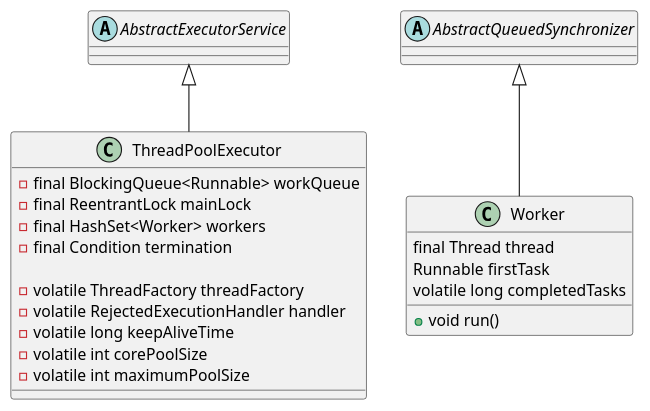
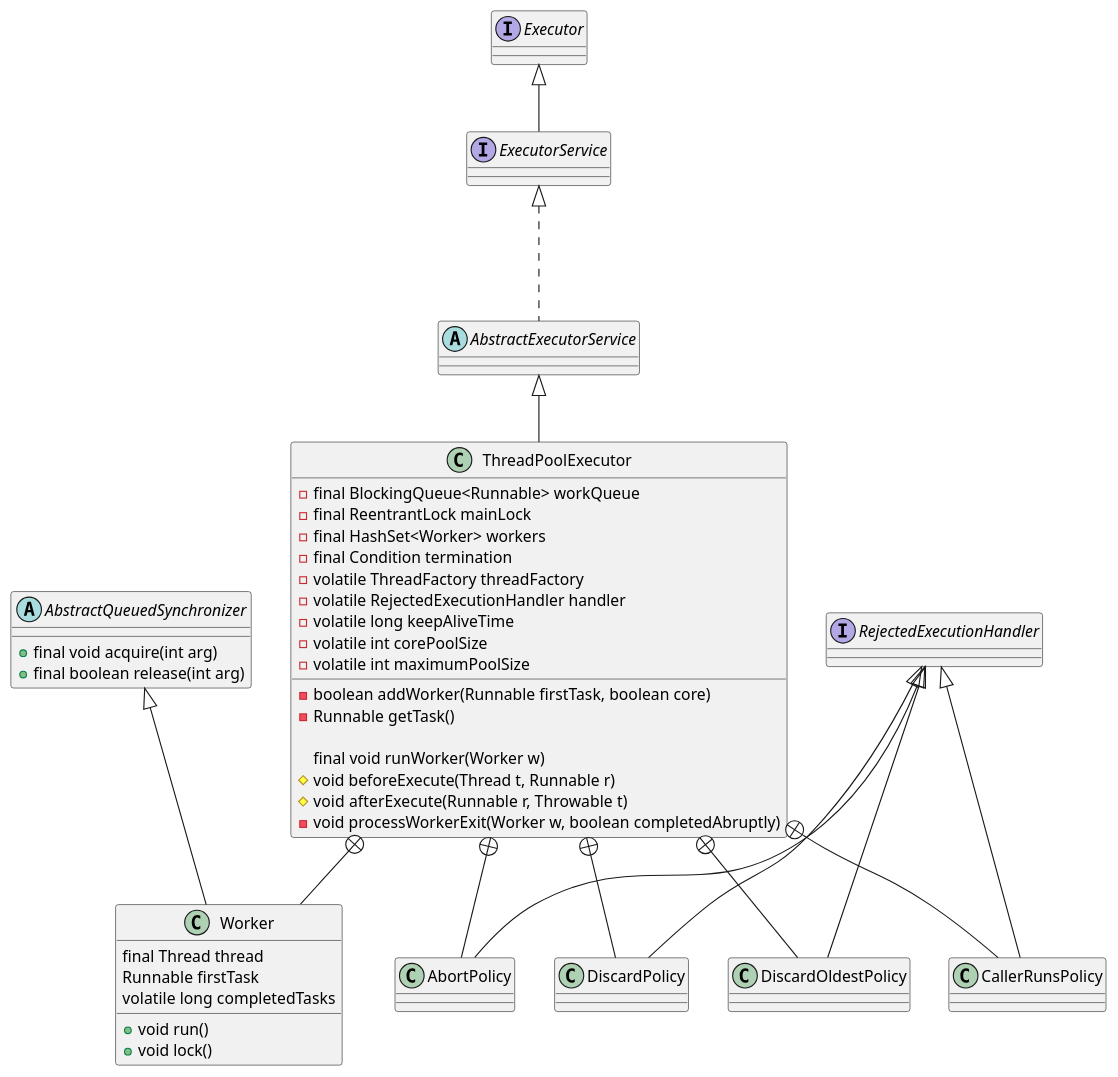
The first of 3 diagrams in 10-java/src/java/concurrent/ThreadPoolExecutor.md (onlyonion/development), drawn with PlantUML before and after one commit. The commit also changed other lines of this file and 72 other files, not shown here.

````diff
--- a/10-java/src/java/concurrent/ThreadPoolExecutor.md
+++ b/10-java/src/java/concurrent/ThreadPoolExecutor.md
@@ -4,31 +14,64 @@
 ```plantuml
 @startuml
 
-abstract class AbstractExecutorService
+'''''''''''''''''''' Executor ''''''''''''''''''''
+interface Executor
+interface ExecutorService
+Executor <|-- ExecutorService
+abstract class AbstractExecutorService {
+}
+ExecutorService <|-.- AbstractExecutorService
+
+'''''''''''''''''''' ThreadPoolExecutor ''''''''''''''''''''
 class ThreadPoolExecutor {
     - final BlockingQueue<Runnable> workQueue
     - final ReentrantLock mainLock
     - final HashSet<Worker> workers
     - final Condition termination
-    
     - volatile ThreadFactory threadFactory
     - volatile RejectedExecutionHandler handler
     - volatile long keepAliveTime
     - volatile int corePoolSize
     - volatile int maximumPoolSize
+    
+    - boolean addWorker(Runnable firstTask, boolean core)
+    - Runnable getTask()
+    
+    final void runWorker(Worker w)
+    # void beforeExecute(Thread t, Runnable r)
+    # void afterExecute(Runnable r, Throwable t)
+    - void processWorkerExit(Worker w, boolean completedAbruptly)
 }
-
 AbstractExecutorService <|-- ThreadPoolExecutor
 
-abstract class AbstractQueuedSynchronizer
+'''''''''''''''''''' Worker ''''''''''''''''''''
+abstract class AbstractQueuedSynchronizer {
+    + final void acquire(int arg)
+    + final boolean release(int arg)
+}
 class Worker {
     final Thread thread
     Runnable firstTask
     volatile long completedTasks
     + void run()
+    + void lock()
 }
 
 AbstractQueuedSynchronizer <|-- Worker
+ThreadPoolExecutor +-- Worker
+
+'''''''''''''''''''' RejectedExecutionHandler ''''''''''''''''''''
+interface RejectedExecutionHandler
+
+RejectedExecutionHandler <|-- CallerRunsPolicy
+RejectedExecutionHandler <|-- AbortPolicy
+RejectedExecutionHandler <|-- DiscardPolicy
+RejectedExecutionHandler <|-- DiscardOldestPolicy
+
+ThreadPoolExecutor +-- CallerRunsPolicy
+ThreadPoolExecutor +-- AbortPolicy
+ThreadPoolExecutor +-- DiscardPolicy
+ThreadPoolExecutor +-- DiscardOldestPolicy
 
 @enduml
 ```
````
